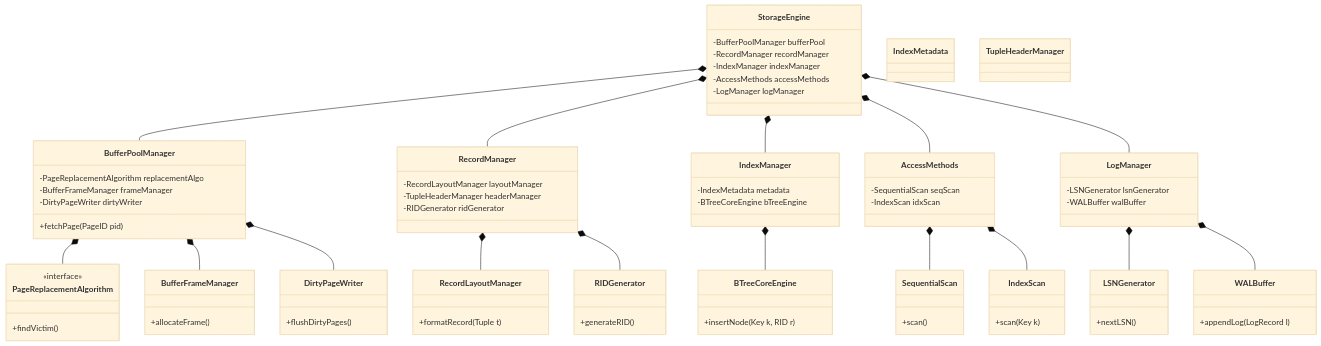
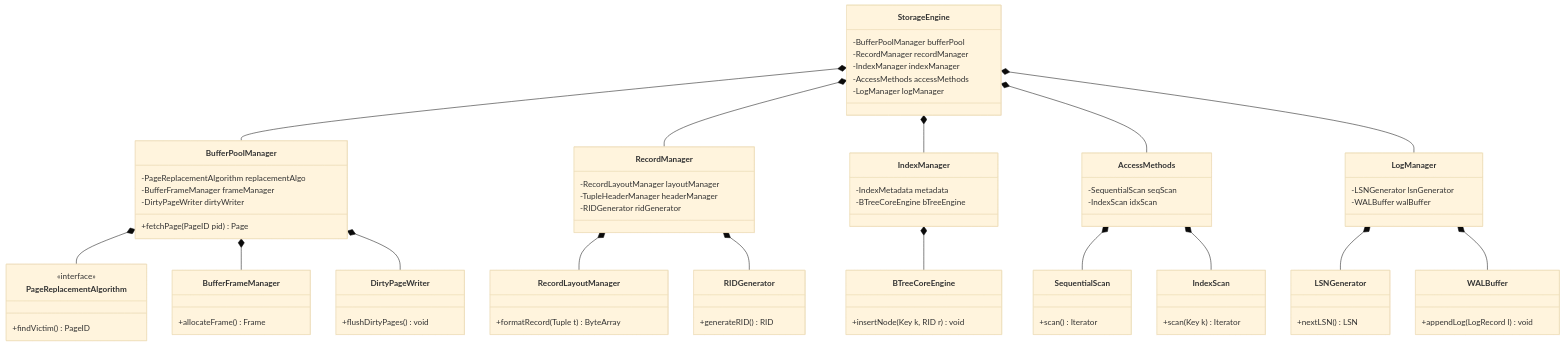
One commit to TamBui1706/DBMS changed the fourth of 9 diagrams in README.md. Above: the diagram before and after it, drawn with Mermaid (base theme). The commit also changed other lines of this file and 2 other files, not shown here.

Commit message:
Up Class Diagram

````diff
--- a/README.md
+++ b/README.md
@@ -525,82 +536,80 @@
 ```mermaid
 classDiagram
-    class StorageEngine {
+class StorageEngine {
         -BufferPoolManager bufferPool
         -RecordManager recordManager
         -IndexManager indexManager
         -AccessMethods accessMethods
         -LogManager logManager
     }
     class BufferPoolManager {
         -PageReplacementAlgorithm replacementAlgo
         -BufferFrameManager frameManager
         -DirtyPageWriter dirtyWriter
-        +fetchPage(PageID pid)
+        +fetchPage(PageID pid) Page
     }
     class PageReplacementAlgorithm {
         <<interface>>
-        +findVictim()
+        +findVictim() PageID
     }
     class BufferFrameManager {
-        +allocateFrame()
+        +allocateFrame() Frame
     }
     class DirtyPageWriter {
-        +flushDirtyPages()
+        +flushDirtyPages() void
     }
     class RecordManager {
         -RecordLayoutManager layoutManager
         -TupleHeaderManager headerManager
         -RIDGenerator ridGenerator
     }
     class RecordLayoutManager {
-        +formatRecord(Tuple t)
+        +formatRecord(Tuple t) ByteArray
     }
     class RIDGenerator {
-        +generateRID()
+        +generateRID() RID
     }
     class IndexManager {
         -IndexMetadata metadata
         -BTreeCoreEngine bTreeEngine
     }
     class BTreeCoreEngine {
-        +insertNode(Key k, RID r)
+        +insertNode(Key k, RID r) void
     }
     class AccessMethods {
         -SequentialScan seqScan
         -IndexScan idxScan
     }
     class SequentialScan {
-        +scan()
+        +scan() Iterator
     }
     class IndexScan {
-        +scan(Key k)
+        +scan(Key k) Iterator
     }
     class LogManager {
         -LSNGenerator lsnGenerator
         -WALBuffer walBuffer
     }
     class LSNGenerator {
-        +nextLSN()
+        +nextLSN() LSN
     }
     class WALBuffer {
-        +appendLog(LogRecord l)
+        +appendLog(LogRecord l) void
     }
 
     StorageEngine *-- BufferPoolManager
     StorageEngine *-- RecordManager
     StorageEngine *-- IndexManager
     StorageEngine *-- AccessMethods
     StorageEngine *-- LogManager
     BufferPoolManager *-- PageReplacementAlgorithm
     BufferPoolManager *-- BufferFrameManager
     BufferPoolManager *-- DirtyPageWriter
     RecordManager *-- RecordLayoutManager
     RecordManager *-- RIDGenerator
     IndexManager *-- BTreeCoreEngine
     AccessMethods *-- SequentialScan
     AccessMethods *-- IndexScan
     LogManager *-- LSNGenerator
     LogManager *-- WALBuffer
-    class IndexMetadata
-    class TupleHeaderManager
 ```
````
